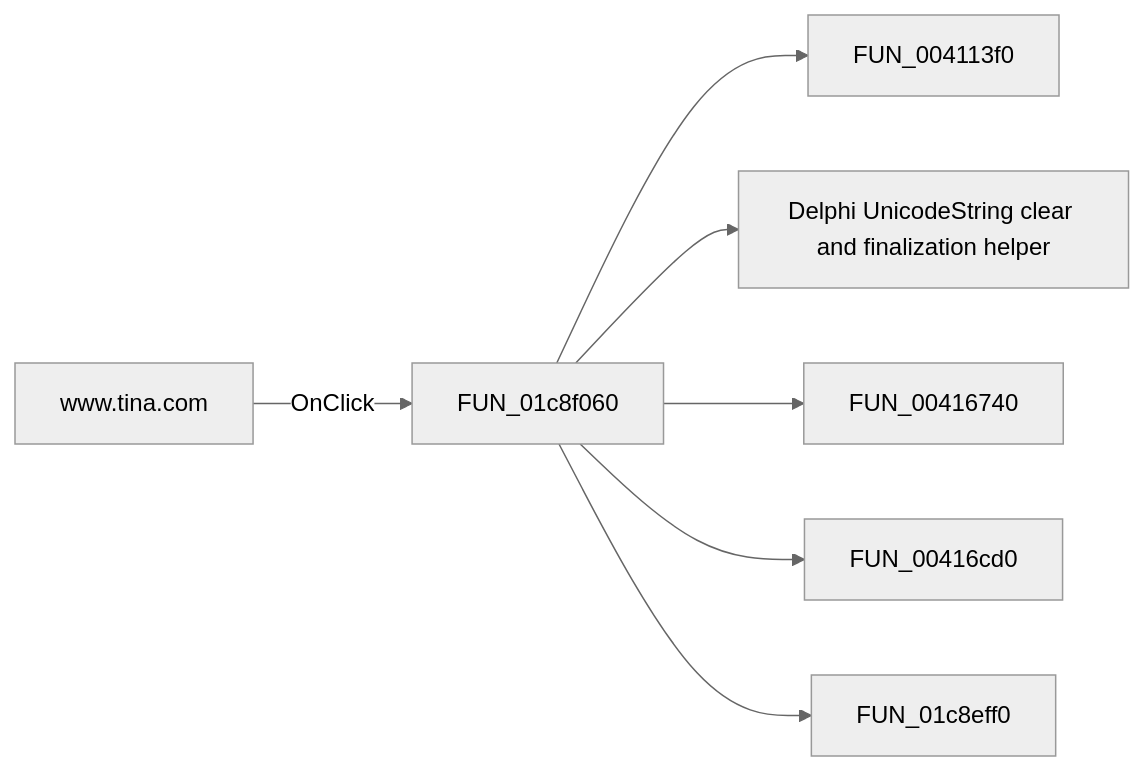
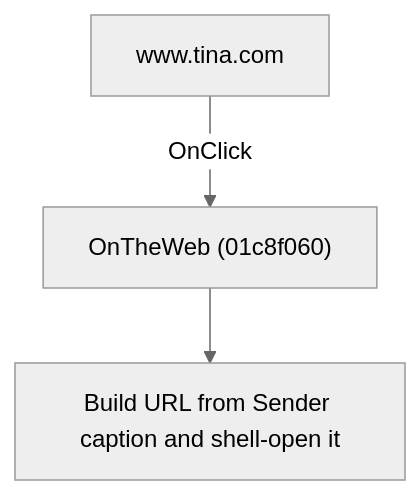
Before and after one commit to MovGP0/TIARA: the diagram in docs/ui-controls/schematiceditor/wwwtinacom-a5193ebfc7.md, drawn with Mermaid (neutral theme). The commit also changed other lines of this file and 1062 other files, not shown here.

````diff
--- a/docs/ui-controls/schematiceditor/wwwtinacom-a5193ebfc7.md
+++ b/docs/ui-controls/schematiceditor/wwwtinacom-a5193ebfc7.md
@@ -27,9 +27,5 @@
 ```mermaid
-flowchart LR
-    control["www.tina.com"] -->|OnClick| handler["FUN_01c8f060"]
-    handler --> call1["FUN_004113f0"]
-    handler --> call2["Delphi UnicodeString clear and finalization helper"]
-    handler --> call3["FUN_00416740"]
-    handler --> call4["FUN_00416cd0"]
-    handler --> call5["FUN_01c8eff0"]
+flowchart TD
+    control["www.tina.com"] -->|"OnClick"| handler["OnTheWeb (01c8f060)"]
+    handler --> action["Build URL from Sender caption and shell-open it"]
 ```
````
